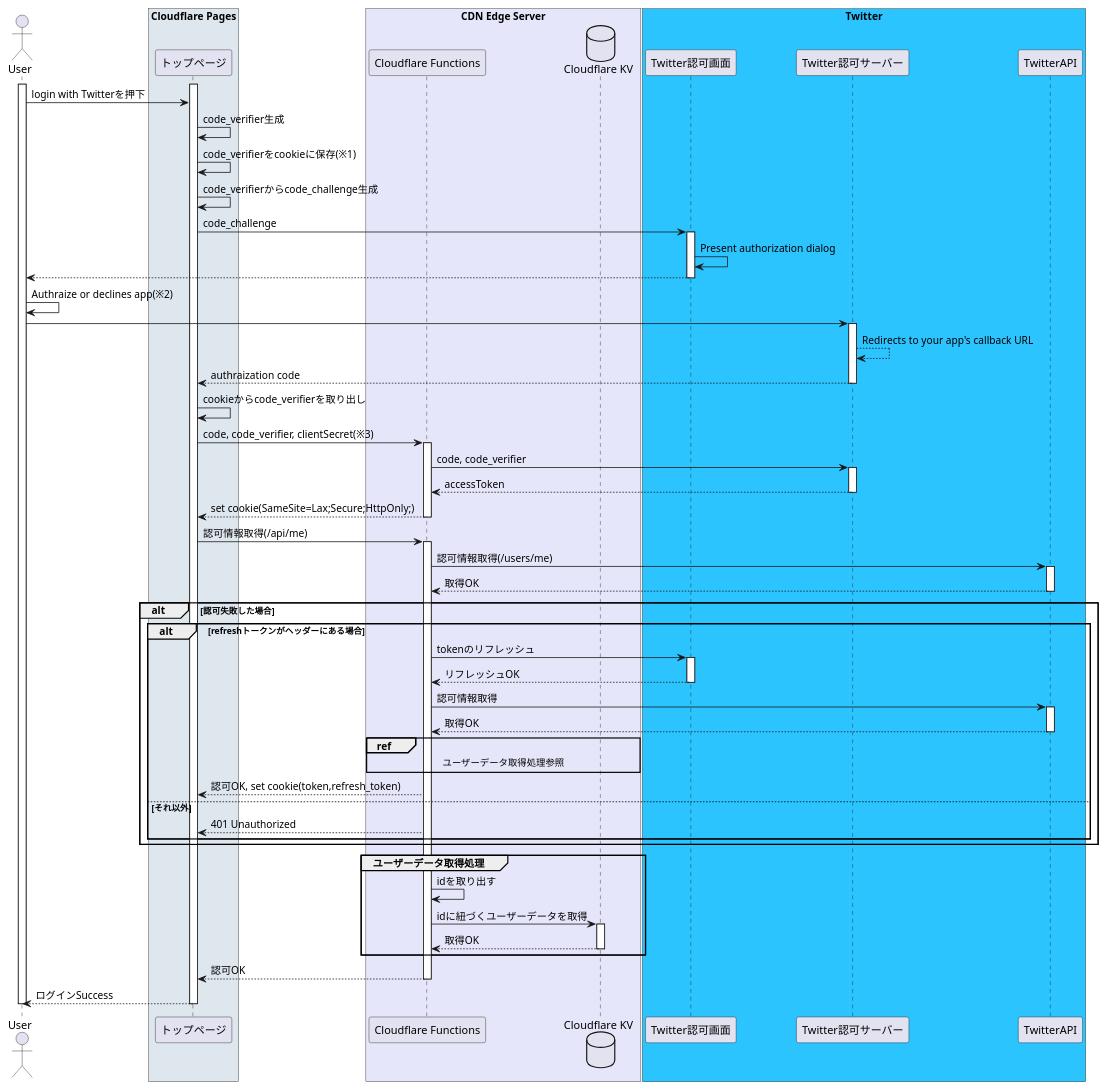
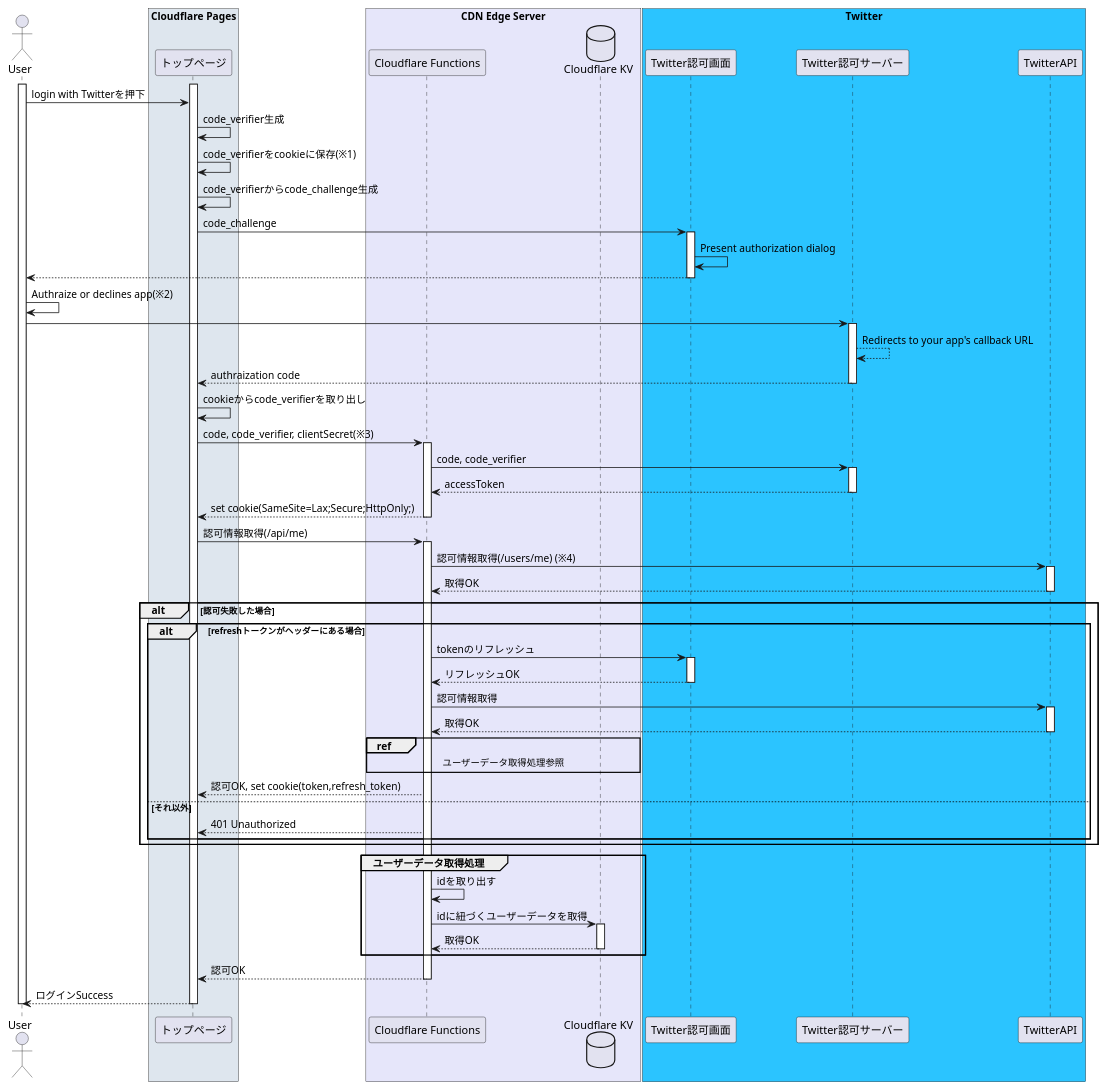
One commit to shuntaka-dev/article changed the diagram in articles/01fvpj77522jpcagxsget1ejqr.md. Above: the diagram before and after it, drawn with PlantUML. The commit also changed other lines of this file, not shown here.

```diff
--- a/articles/01fvpj77522jpcagxsget1ejqr.md
+++ b/articles/01fvpj77522jpcagxsget1ejqr.md
@@ -33,77 +33,77 @@
 @startuml
 actor "User" as user
 box "Cloudflare Pages" #dee6ee
   participant "トップページ" as clPages
 end box
 box "CDN Edge Server" #e6e6fa
   participant "Cloudflare Functions" as clFunctions
   database "Cloudflare KV" as clKv
 end box
 box "Twitter" #2bc4ff
   participant "Twitter認可画面" as twAuth
   participant "Twitter認可サーバー" as twServer
   participant "TwitterAPI" as twApi
 end box
 activate clPages
 activate user
 user->clPages: login with Twitterを押下
 clPages->clPages: code_verifier生成
 clPages->clPages: code_verifierをcookieに保存(※1)
 clPages->clPages: code_verifierからcode_challenge生成
 clPages->twAuth: code_challenge
 activate twAuth
 twAuth->twAuth: Present authorization dialog
 twAuth-->user
 deactivate twAuth
 user->user: Authraize or declines app(※2)
 user->twServer
 activate twServer
 twServer-->twServer: Redirects to your app's callback URL
 twServer-->clPages: authraization code
 deactivate twServer
 clPages->clPages: cookieからcode_verifierを取り出し
 clPages->clFunctions: code, code_verifier, clientSecret(※3)
 activate clFunctions
 clFunctions->twServer: code, code_verifier
 activate twServer
 twServer-->clFunctions: accessToken
 deactivate twServer
 clFunctions-->clPages: set cookie(SameSite=Lax;Secure;HttpOnly;)
 deactivate clFunctions
 clPages->clFunctions: 認可情報取得(/api/me)
 activate clFunctions
-clFunctions->twApi: 認可情報取得(/users/me)
+clFunctions->twApi: 認可情報取得(/users/me) (※4)
 activate twApi
 twApi-->clFunctions: 取得OK
 deactivate twApi
 alt 認可失敗した場合
   alt refreshトークンがヘッダーにある場合
     clFunctions->twAuth: tokenのリフレッシュ
     activate twAuth
     twAuth-->clFunctions: リフレッシュOK
     deactivate twAuth
     clFunctions->twApi: 認可情報取得
     activate twApi
     twApi-->clFunctions: 取得OK
     deactivate twApi
     ref over clFunctions, clKv
       ユーザーデータ取得処理参照
     end
     clFunctions-->clPages: 認可OK, set cookie(token,refresh_token)
   else それ以外
     clFunctions-->clPages: 401 Unauthorized
   end
 end
 group ユーザーデータ取得処理
   clFunctions->clFunctions: idを取り出す
   clFunctions->clKv: idに紐づくユーザーデータを取得
   activate clKv
   clKv-->clFunctions: 取得OK
   deactivate clKv
 end
 clFunctions-->clPages: 認可OK
 deactivate clFunctions
 clPages-->user: ログインSuccess
 deactivate clPages
 deactivate user
 @enduml
```
